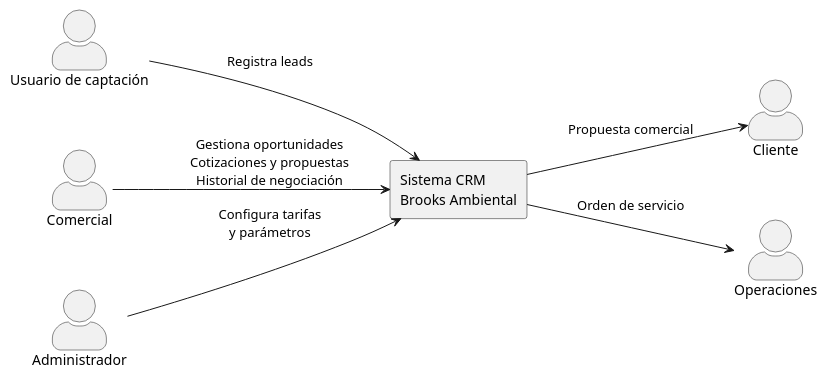
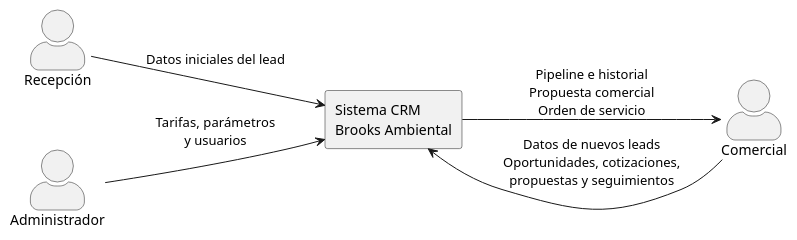
Before and after one commit to BrendaLopes/TFG-CRM-BROOKS: the diagram in docs/diagramas/diagrama_contexto.puml, drawn with PlantUML. The commit also changed 10 other files, not shown here.

```diff
--- a/docs/diagramas/diagrama_contexto.puml
+++ b/docs/diagramas/diagrama_contexto.puml
@@ -1,23 +1,23 @@
 @startuml
 skinparam shadowing false
 skinparam actorStyle awesome
 skinparam nodesep 60
 skinparam ranksep 80
 
 left to right direction
 
-actor "Usuario de captación" as Captacion
+actor "Recepción" as Recepcion
 actor "Comercial" as Comercial
 actor "Administrador" as Admin
-actor "Cliente" as Cliente
-actor "Operaciones" as Operaciones
 
-rectangle "Sistema CRM\nBrooks Ambiental" as Sistema {
-}
+rectangle "Sistema CRM\nBrooks Ambiental" as Sistema
 
-Captacion --> Sistema : Registra leads
-Comercial --> Sistema : Gestiona oportunidades\nCotizaciones y propuestas\nHistorial de negociación
-Admin --> Sistema : Configura tarifas\ny parámetros
-Sistema --> Cliente : Propuesta comercial
-Sistema --> Operaciones : Orden de servicio
+Recepcion --> Sistema : Datos iniciales del lead
+
+Comercial --> Sistema : Datos de nuevos leads\nOportunidades, cotizaciones,\npropuestas y seguimientos
+
+Sistema --> Comercial : Pipeline e historial\nPropuesta comercial\nOrden de servicio
+
+Admin --> Sistema : Tarifas, parámetros\ny usuarios
+
 @enduml
```
